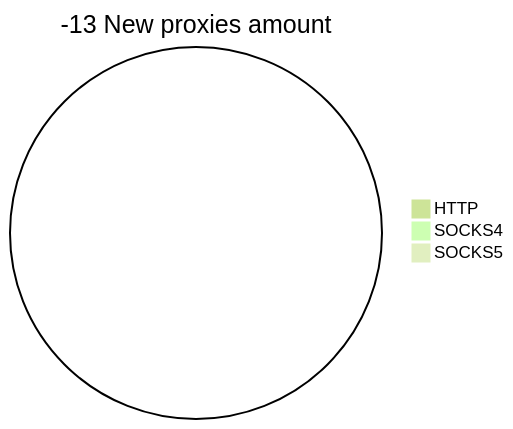
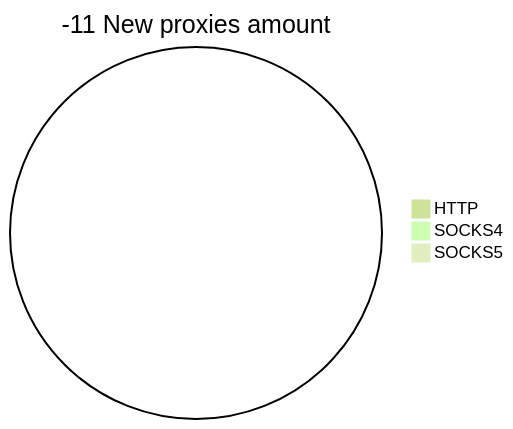
The second of 2 diagrams in README.md (cutipu/proxylist), drawn with Mermaid (forest theme) before and after one commit. The commit also changed other lines of this file, not shown here.

````diff
--- a/README.md
+++ b/README.md
@@ -10,6 +10,6 @@
 ```mermaid
-pie title -13 New proxies amount
+pie title -11 New proxies amount
     "HTTP" : 0
     "SOCKS4" : 0
     "SOCKS5" : 0
 ```
````
